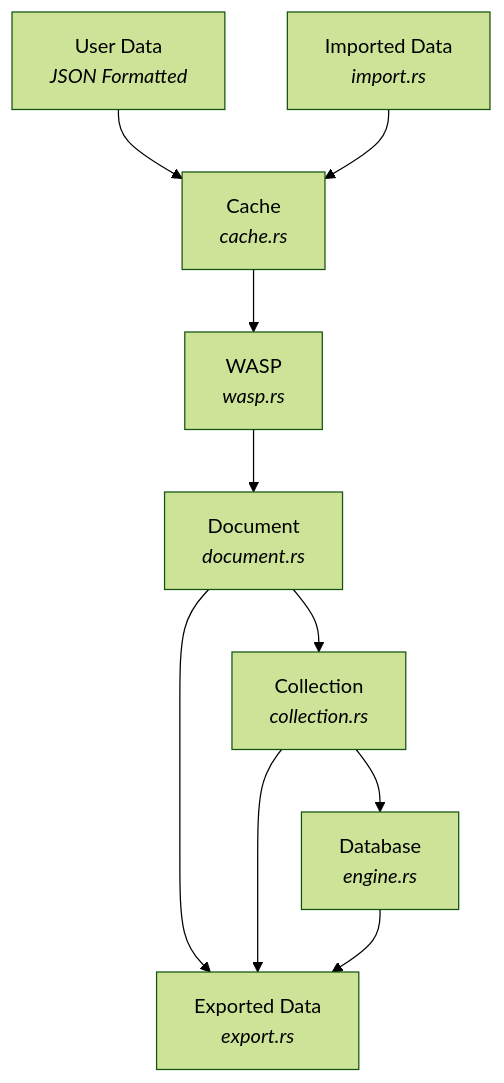
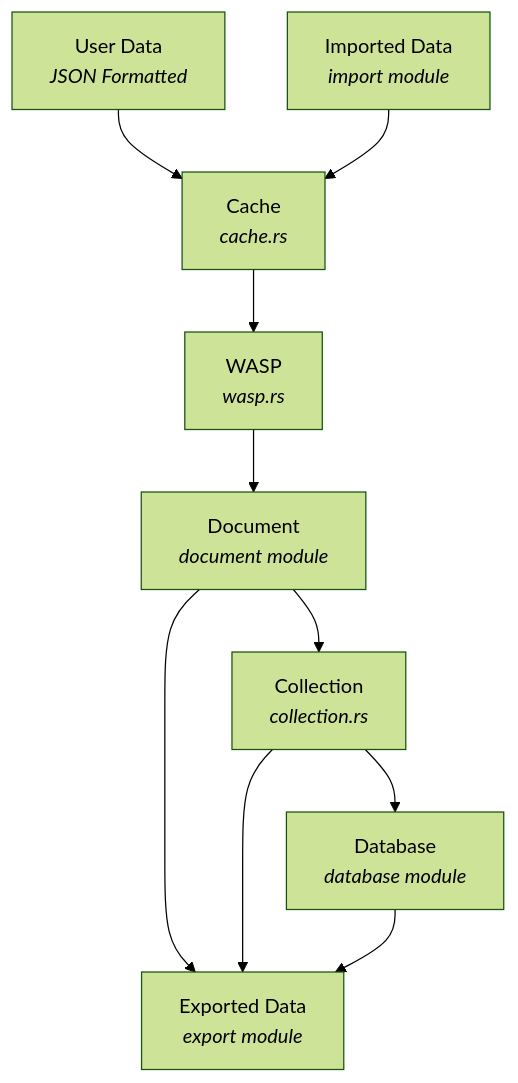
Before and after one commit to saviornt/NexusLite: the diagram in README.md, drawn with Mermaid (forest theme). The commit also changed other lines of this file and 163 other files, not shown here.

````diff
--- a/README.md
+++ b/README.md
@@ -283,9 +308,9 @@
 ```mermaid
 flowchart TD
     A[User Data <br> <i>JSON Formatted</i>] --> C[Cache <br> <i>cache.rs</i>]
-    B[Imported Data <br> <i>import.rs</i>] --> C
+  B[Imported Data <br> <i>import module</i>] --> C
     C --> D[WASP <br> <i>wasp.rs</i>]
-    D --> E[Document <br> <i>document.rs</i>] --> H[Exported Data <br> <i>export.rs</i>]
+  D --> E[Document <br> <i>document module</i>] --> H[Exported Data <br> <i>export module</i>]
     E --> F[Collection <br> <i>collection.rs</i>] --> H
-    F --> G[Database <br> <i>engine.rs</i>] --> H
+  F --> G[Database <br> <i>database module</i>] --> H
 ```
````
